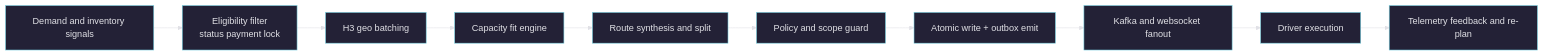
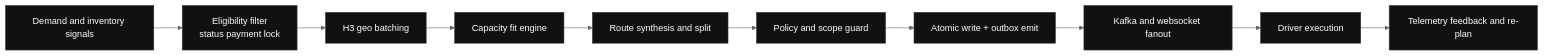
One commit to CYBERSTALKER07/ATOMOS changed the second of 4 diagrams in README.md. Above: the diagram before and after it, drawn with Mermaid. The commit also changed other lines of this file, not shown here.

````diff
--- a/README.md
+++ b/README.md
@@ -180,13 +181,13 @@
 ```mermaid
-%%{init: {"theme":"base","themeVariables":{"darkMode":true,"background":"#191622","primaryColor":"#232136","primaryTextColor":"#E1E1E6","primaryBorderColor":"#78D1E1","secondaryColor":"#2A2338","secondaryTextColor":"#E1E1E6","secondaryBorderColor":"#988BC7","tertiaryColor":"#1F3026","tertiaryTextColor":"#E1E1E6","tertiaryBorderColor":"#67E480","lineColor":"#E1E1E6","textColor":"#E1E1E6","mainBkg":"#232136","nodeBorder":"#78D1E1","clusterBkg":"#232136","clusterBorder":"#988BC7","titleColor":"#E1E1E6","edgeLabelBackground":"#232136","actorBkg":"#232136","actorBorder":"#78D1E1","actorTextColor":"#E1E1E6","actorLineColor":"#E1E1E6","signalColor":"#E1E1E6","signalTextColor":"#E1E1E6","labelBoxBkgColor":"#232136","labelBoxBorderColor":"#988BC7","labelTextColor":"#E1E1E6","loopTextColor":"#E1E1E6","activationBkgColor":"#2A2338","activationBorderColor":"#988BC7","sequenceNumberColor":"#191622","stateBkg":"#232136","stateBorder":"#67E480","stateTextColor":"#E1E1E6","noteBkgColor":"#232136","noteTextColor":"#E1E1E6","noteBorderColor":"#988BC7"},"themeCSS":".edgeLabel text,.label text,.stateLabel text,.messageText,.nodeLabel{fill:#E1E1E6 !important;color:#E1E1E6 !important;} .edgeLabel rect{fill:#232136 !important;opacity:1 !important;}"}}%%
+%%{init: {"theme":"base","themeVariables":{"darkMode":true,"background":"#000000","primaryColor":"#111111","primaryTextColor":"#FFFFFF","primaryBorderColor":"#333333","secondaryColor":"#111111","secondaryTextColor":"#FFFFFF","secondaryBorderColor":"#333333","tertiaryColor":"#111111","tertiaryTextColor":"#FFFFFF","tertiaryBorderColor":"#333333","lineColor":"#666666","textColor":"#FFFFFF","mainBkg":"#111111","nodeBorder":"#333333","clusterBkg":"#0A0A0A","clusterBorder":"#222222","titleColor":"#FFFFFF","edgeLabelBackground":"#111111"},"themeCSS":".edgeLabel text,.label text,.stateLabel text,.messageText,.nodeLabel{fill:#FFFFFF !important;color:#FFFFFF !important;} .edgeLabel rect{fill:#111111 !important;opacity:1 !important;}"}}%%
 flowchart LR
    A[Demand and inventory signals] --> B[Eligibility filter\nstatus payment lock]
    B --> C[H3 geo batching]
    C --> D[Capacity fit engine]
    D --> E[Route synthesis and split]
    E --> F[Policy and scope guard]
    F --> G[Atomic write + outbox emit]
    G --> H[Kafka and websocket fanout]
    H --> I[Driver execution]
    I --> J[Telemetry feedback and re-plan]
 ```
````
